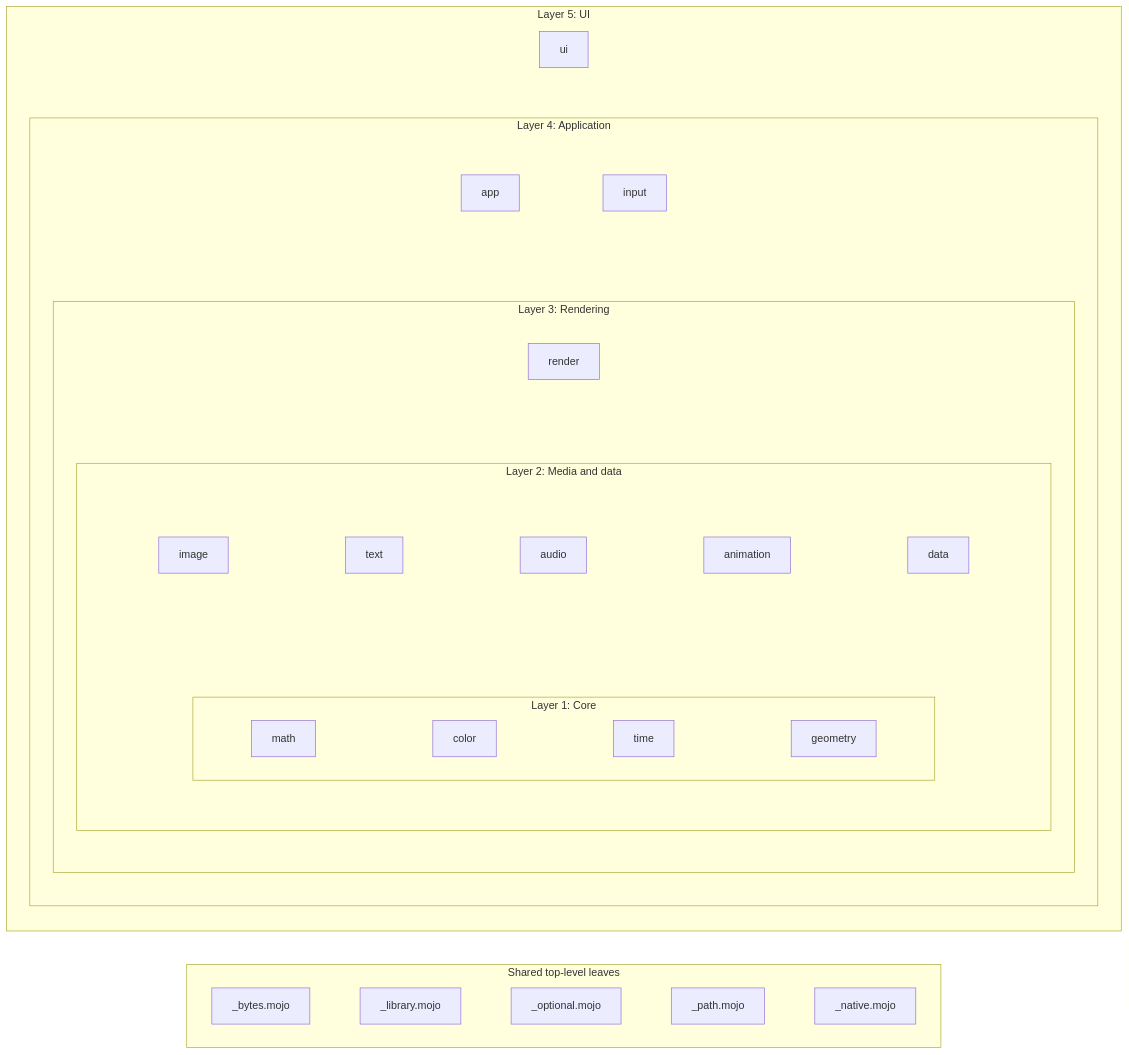
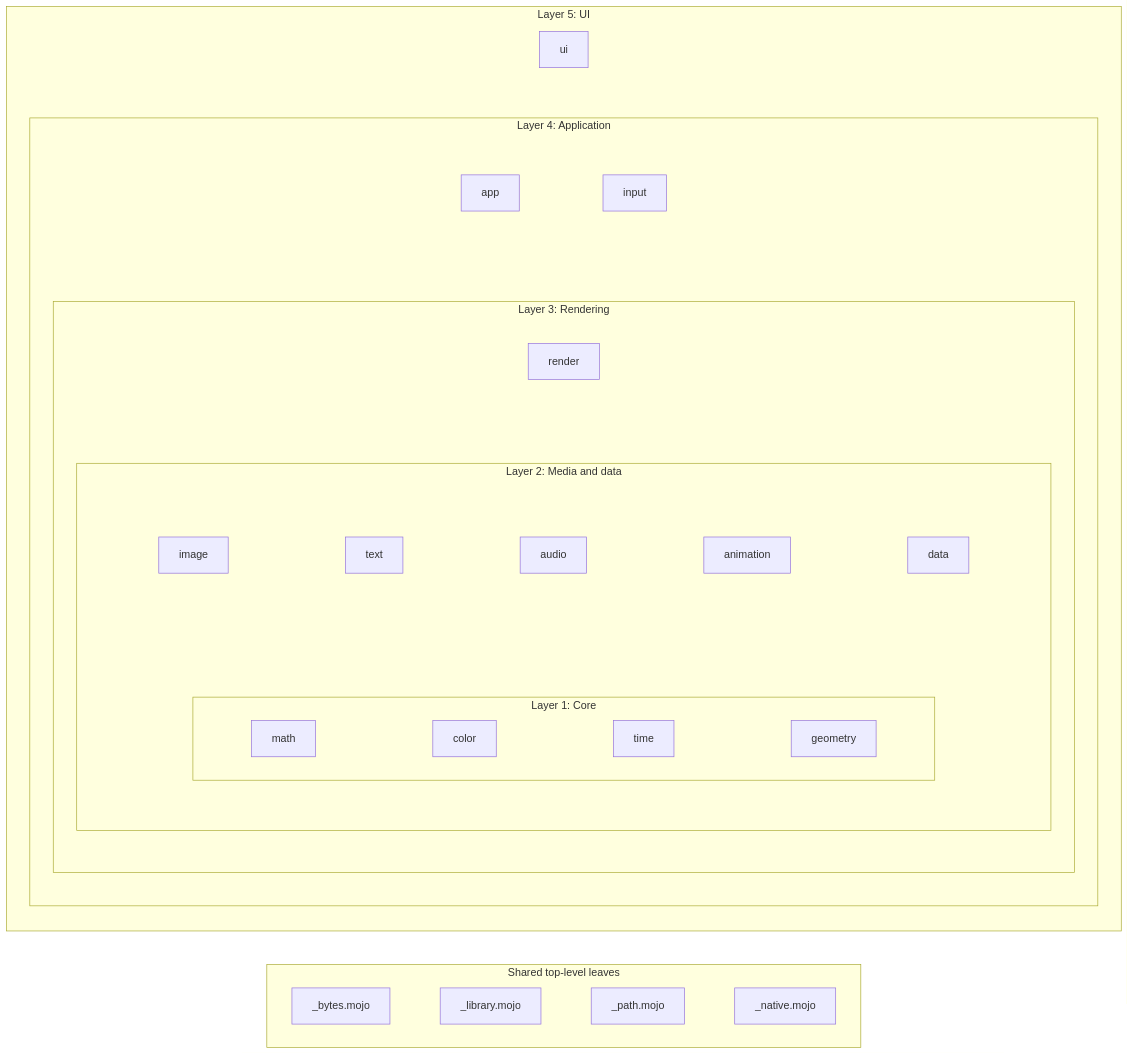
The second of 3 diagrams in ARCHITECTURE.md (create-framework/create), drawn with Mermaid before and after one commit. The commit also changed other lines of this file and 34 other files, not shown here.

````diff
--- a/ARCHITECTURE.md
+++ b/ARCHITECTURE.md
@@ -91,50 +90,50 @@
 ```mermaid
 flowchart TB
     subgraph uiRing["Layer 5: UI"]
         direction TB
         ui["ui"]
 
         subgraph appRing["Layer 4: Application"]
             direction TB
             subgraph appRow[" "]
                 direction LR
                 app["app"] ~~~ input["input"]
             end
 
             subgraph drawingRing["Layer 3: Rendering"]
                 direction TB
                 render["render"]
 
                 subgraph assetRing["Layer 2: Media and data"]
                     direction TB
                     subgraph assetRow[" "]
                         direction LR
                         image["image"] ~~~ textPkg["text"] ~~~ audio["audio"] ~~~ animation["animation"] ~~~ data["data"]
                     end
 
                     subgraph centre["Layer 1: Core"]
                         direction LR
                         math["math"] ~~~ colorPkg["color"] ~~~ timePkg["time"] ~~~ geometry["geometry"]
                     end
 
                     assetRow ~~~ centre
                 end
 
                 render ~~~ assetRing
             end
 
             appRow ~~~ drawingRing
         end
 
         ui ~~~ appRing
     end
 
     subgraph leaves["Shared top-level leaves"]
         direction LR
-        bytes["_bytes.mojo"] ~~~ library["_library.mojo"] ~~~ optional["_optional.mojo"] ~~~ pathLeaf["_path.mojo"] ~~~ native["_native.mojo"]
+        bytes["_bytes.mojo"] ~~~ library["_library.mojo"] ~~~ pathLeaf["_path.mojo"] ~~~ native["_native.mojo"]
     end
 
     uiRing ~~~ leaves
     style assetRow fill:transparent,stroke:transparent
     style appRow fill:transparent,stroke:transparent
 ```
````
